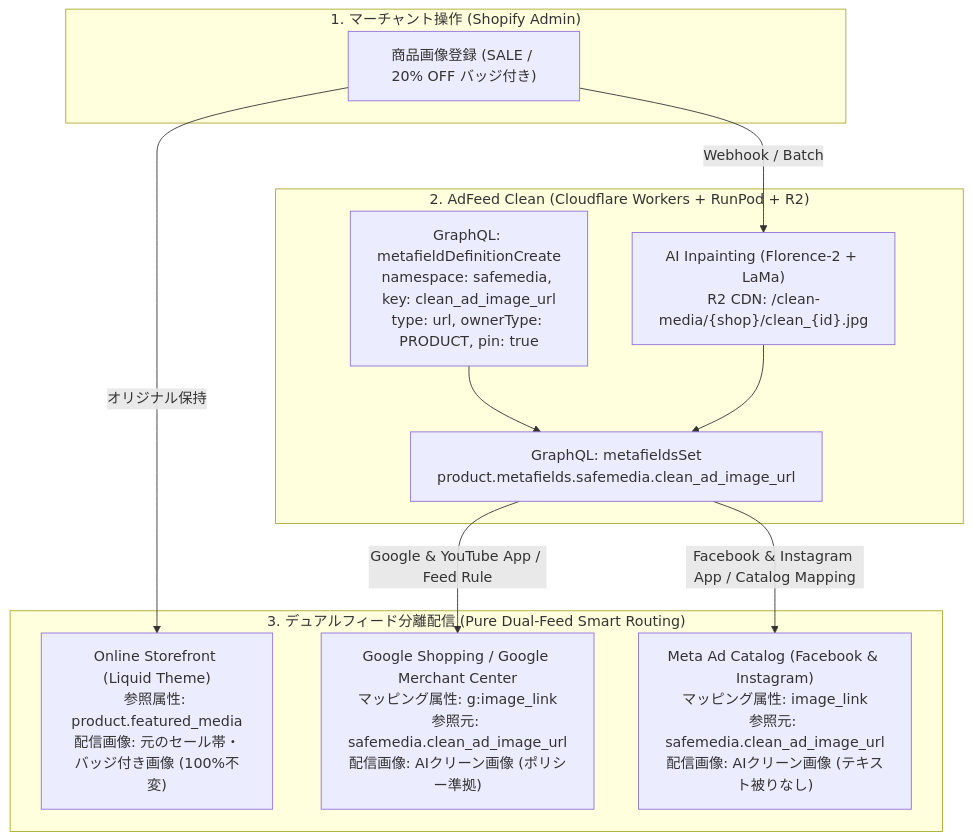
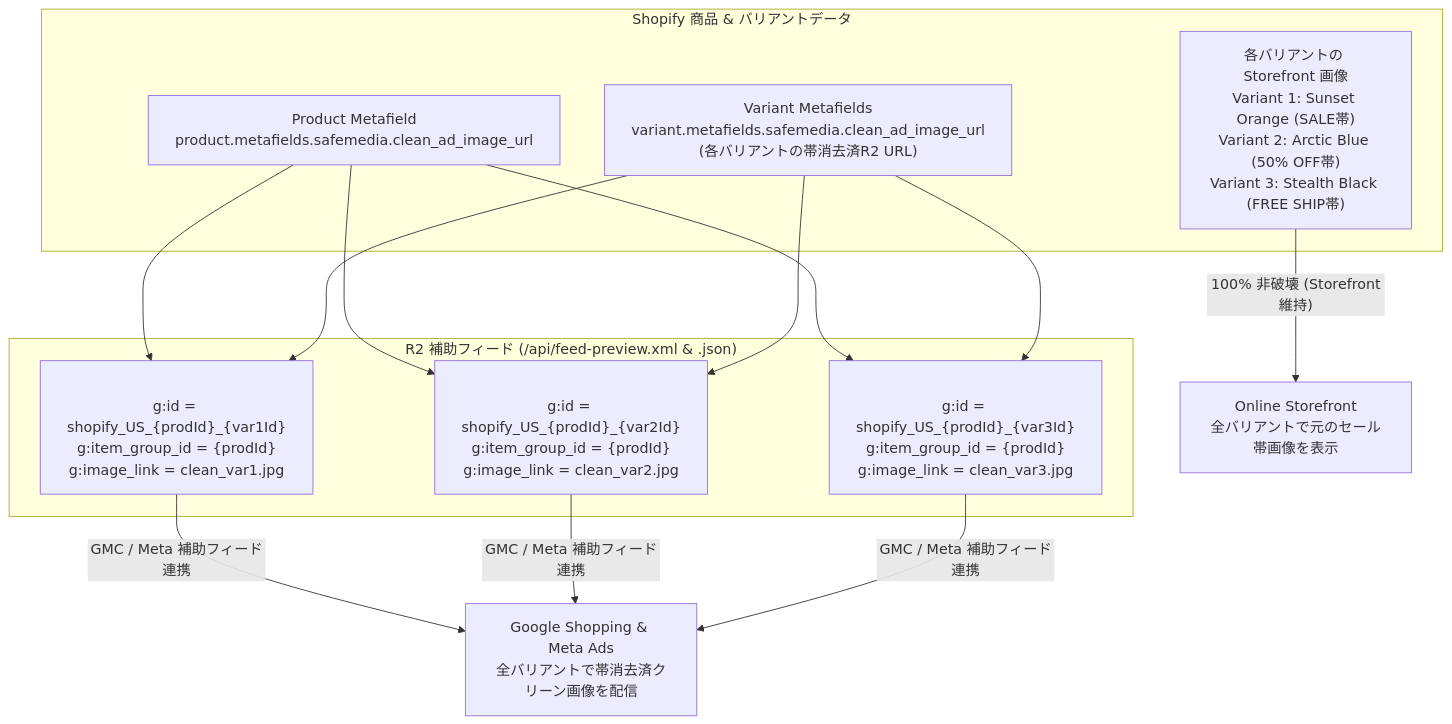
Before and after one commit to studionexusops/safemedia-shield: the third of 3 diagrams in docs/implementation_plan.md, drawn with Mermaid. The commit also changed other lines of this file and 24 other files, not shown here.

Commit message:
feat: add full-variant AI image cleanup, dual-level metafields, and supplemental feed support

````diff
--- a/docs/implementation_plan.md
+++ b/docs/implementation_plan.md
@@ -176,25 +243,18 @@
 ```mermaid
 flowchart TD
-    subgraph MerchantAction["1. マーチャント操作 (Shopify Admin)"]
-        UP["商品画像登録 (SALE / 20% OFF バッジ付き)"]
+    subgraph StoreData["Shopify 商品 & バリアントデータ"]
+        ORIG_V["各バリアントの Storefront 画像<br/>Variant 1: Sunset Orange (SALE帯)<br/>Variant 2: Arctic Blue (50% OFF帯)<br/>Variant 3: Stealth Black (FREE SHIP帯)"]
+        META_P["Product Metafield<br/>product.metafields.safemedia.clean_ad_image_url"]
+        META_V["Variant Metafields<br/>variant.metafields.safemedia.clean_ad_image_url<br/>(各バリアントの帯消去済R2 URL)"]
     end
 
-    subgraph AdFeedClean["2. AdFeed Clean (Cloudflare Workers + RunPod + R2)"]
-        PIN["GraphQL: metafieldDefinitionCreate<br>namespace: safemedia, key: clean_ad_image_url<br>type: url, ownerType: PRODUCT, pin: true"]
-        CLEAN["AI Inpainting (Florence-2 + LaMa)<br>R2 CDN: /clean-media/{shop}/clean_{id}.jpg"]
-        SET["GraphQL: metafieldsSet<br>product.metafields.safemedia.clean_ad_image_url"]
-        PIN --> SET
-        CLEAN --> SET
+    subgraph SupplementalFeed["R2 補助フィード (/api/feed-preview.xml & .json)"]
+        ITEM1["<item><br/>g:id = shopify_US_{prodId}_{var1Id}<br/>g:item_group_id = {prodId}<br/>g:image_link = clean_var1.jpg"]
+        ITEM2["<item><br/>g:id = shopify_US_{prodId}_{var2Id}<br/>g:item_group_id = {prodId}<br/>g:image_link = clean_var2.jpg"]
+        ITEM3["<item><br/>g:id = shopify_US_{prodId}_{var3Id}<br/>g:item_group_id = {prodId}<br/>g:image_link = clean_var3.jpg"]
     end
 
-    subgraph DualRouting["3. デュアルフィード分離配信 (Pure Dual-Feed Smart Routing)"]
-        SF["Online Storefront (Liquid Theme)<br>参照属性: product.featured_media<br>配信画像: 元のセール帯・バッジ付き画像 (100%不変)"]
-        GMC["Google Shopping / Google Merchant Center<br>マッピング属性: g:image_link<br>参照元: safemedia.clean_ad_image_url<br>配信画像: AIクリーン画像 (ポリシー準拠)"]
-        META["Meta Ad Catalog (Facebook & Instagram)<br>マッピング属性: image_link<br>参照元: safemedia.clean_ad_image_url<br>配信画像: AIクリーン画像 (テキスト被りなし)"]
-    end
-
-    UP -->|"オリジナル保持"| SF
-    UP -->|"Webhook / Batch"| CLEAN
-    SET -->|"Google & YouTube App / Feed Rule"| GMC
-    SET -->|"Facebook & Instagram App / Catalog Mapping"| META
+    ORIG_V -->|"100% 非破壊 (Storefront維持)"| SF["Online Storefront<br/>全バリアントで元のセール帯画像を表示"]
+    META_P & META_V --> ITEM1 & ITEM2 & ITEM3
+    ITEM1 & ITEM2 & ITEM3 -->|"GMC / Meta 補助フィード連携"| ADS["Google Shopping & Meta Ads<br/>全バリアントで帯消去済クリーン画像を配信"]
 ```
````
